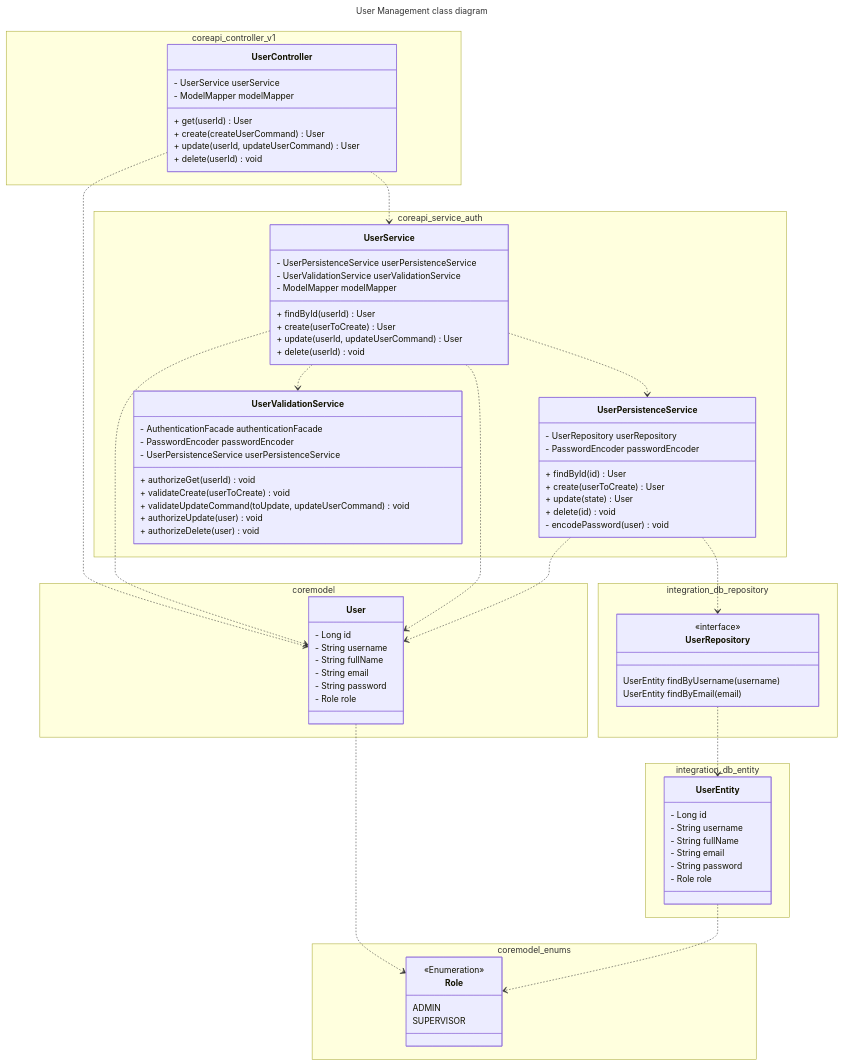
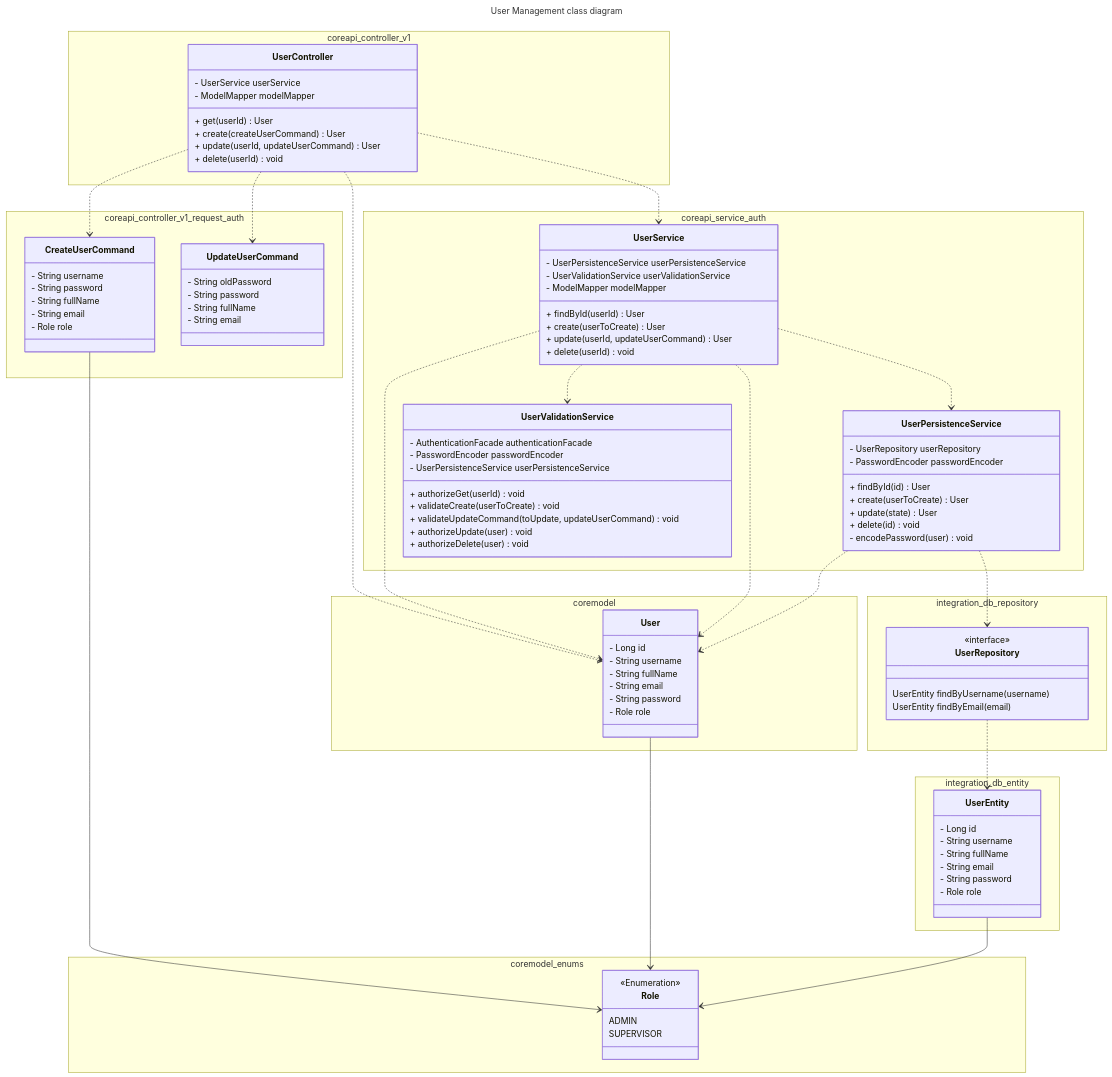
Before and after one commit to f-pms/Document: the diagram in Report7/SDD/Detailed-Design/User-Management/class-T4-23.md, drawn with Mermaid. The commit also changed 6 other files, not shown here.

First line of the commit message:
Add class diagrams of user management & adjust class diagrams of alarm and monitoring (#10)

````diff
--- a/Report7/SDD/Detailed-Design/User-Management/class-T4-23.md
+++ b/Report7/SDD/Detailed-Design/User-Management/class-T4-23.md
@@ -11,6 +11,23 @@
       + create(createUserCommand) User
       + update(userId, updateUserCommand) User
       + delete(userId) void 
+    }
+  }
+
+  namespace coreapi_controller_v1_request_auth {
+    class CreateUserCommand {
+      - String username
+      - String password
+      - String fullName
+      - String email
+      - Role role
+    }
+
+  class UpdateUserCommand {
+      - String oldPassword
+      - String password
+      - String fullName
+      - String email
     }
   }
 
@@ -85,6 +102,8 @@
     }
   }
 
+  UserController ..> CreateUserCommand
+  UserController ..> UpdateUserCommand
   UserController ..> UserService
   UserController ..> User
   UserService ..> UserPersistenceService
@@ -94,6 +113,7 @@
   UserPersistenceService ..> UserRepository
   UserPersistenceService ..> User
   UserRepository ..> UserEntity
-  User ..> Role
-  UserEntity ..> Role
+  CreateUserCommand --> Role
+  User --> Role
+  UserEntity --> Role
 ```
````
